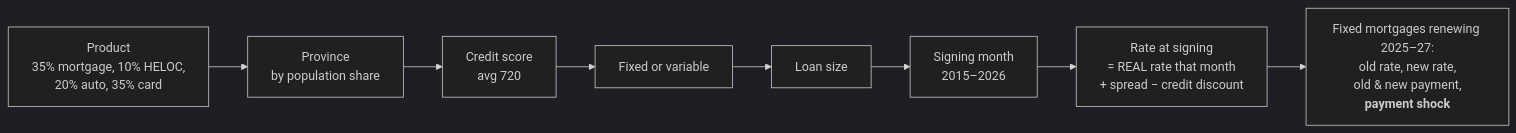
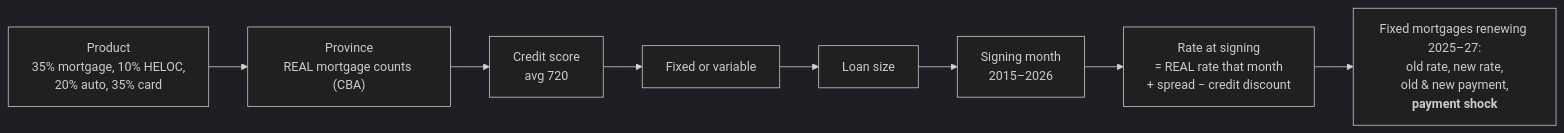
Before and after one commit to MokshJaiswal/canadian-credit-risk-analytics: the eighth of 11 diagrams in docs/PROJECT_EXPLAINED.md, drawn with Mermaid (dark theme). The commit also changed other lines of this file and 3 other files, not shown here.

````diff
--- a/docs/PROJECT_EXPLAINED.md
+++ b/docs/PROJECT_EXPLAINED.md
@@ -449,10 +465,10 @@
 ```mermaid
 flowchart LR
-    A[Product<br/>35% mortgage, 10% HELOC,<br/>20% auto, 35% card] --> B[Province<br/>by population share]
+    A[Product<br/>35% mortgage, 10% HELOC,<br/>20% auto, 35% card] --> B["Province<br/>REAL mortgage counts (CBA)"]
     B --> C[Credit score<br/>avg 720]
     C --> D[Fixed or variable]
     D --> E[Loan size]
     E --> F[Signing month<br/>2015–2026]
     F --> G["Rate at signing<br/>= REAL rate that month<br/>+ spread − credit discount"]
     G --> H["Fixed mortgages renewing 2025–27:<br/>old rate, new rate,<br/>old & new payment,<br/><b>payment shock</b>"]
 ```
````
